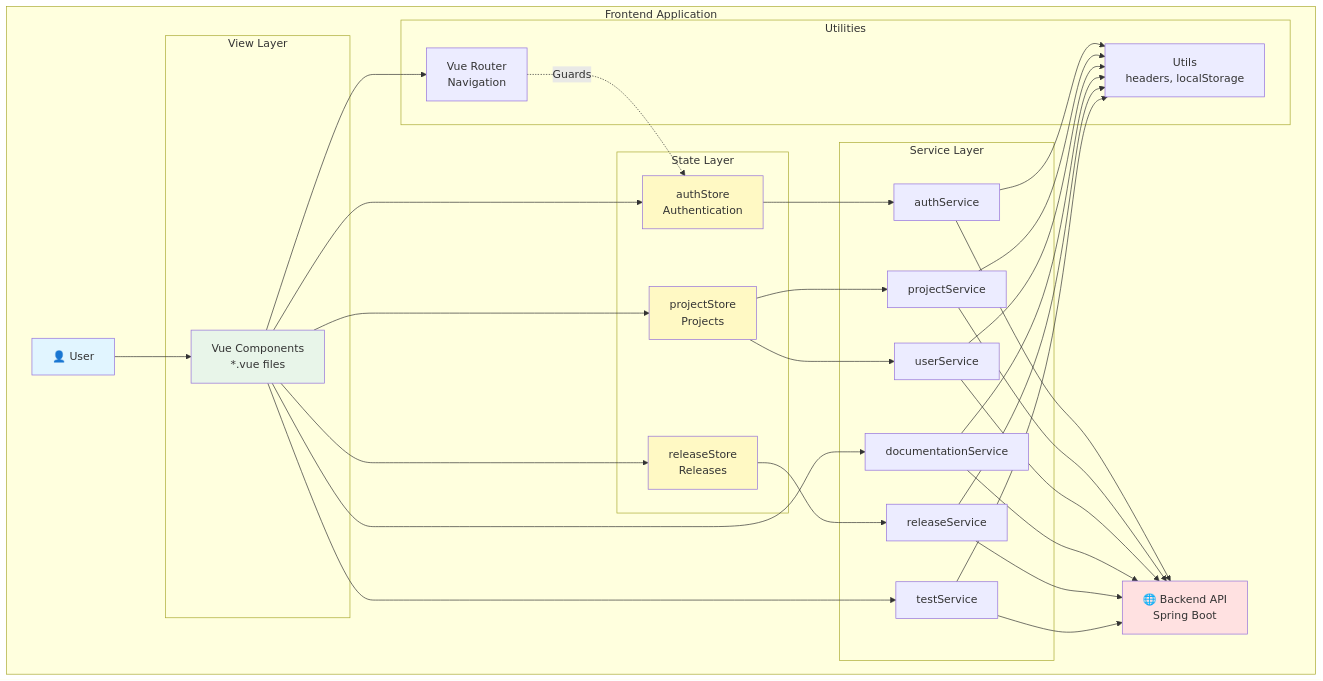
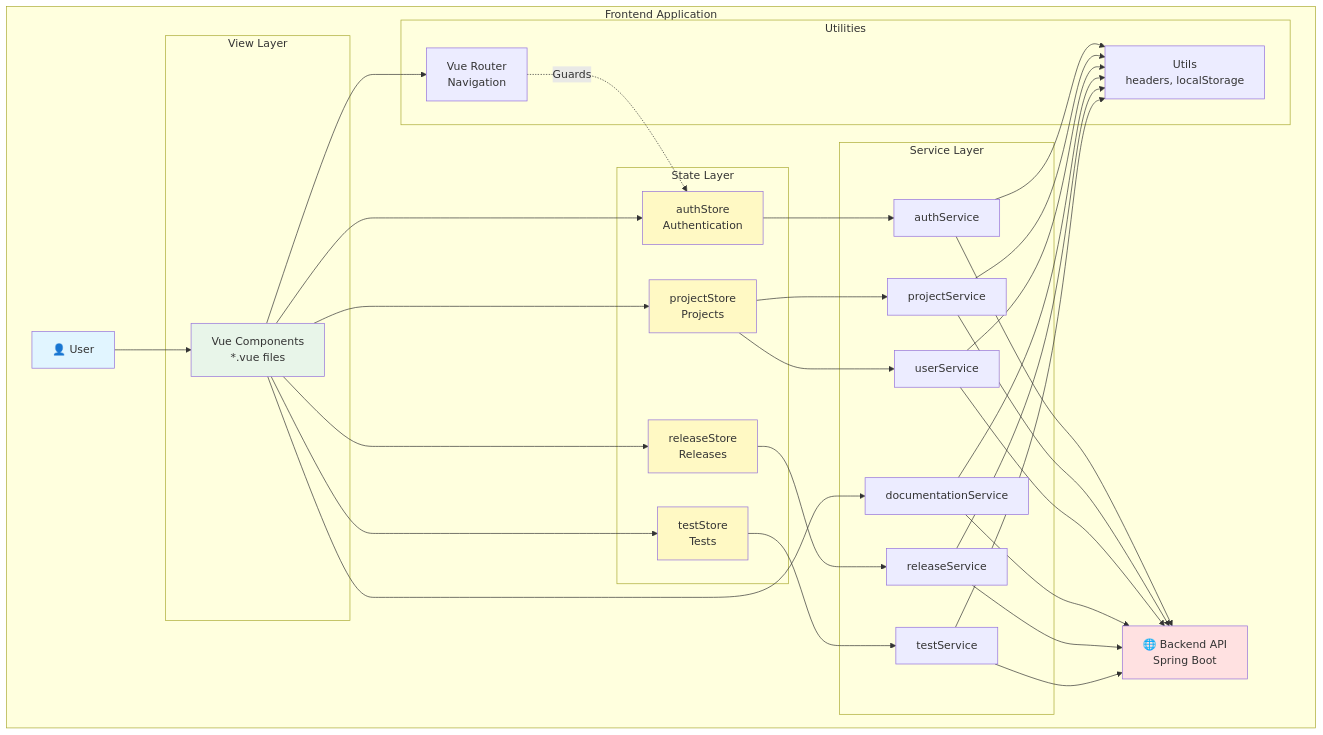
The first of 10 diagrams in frontend/docs/architecture.md (Tourlat/Conduite_de_projet_2025_Dev), drawn with Mermaid before and after one commit. The commit also changed other lines of this file and 4 other files, not shown here.

````diff
--- a/frontend/docs/architecture.md
+++ b/frontend/docs/architecture.md
@@ -25,69 +25,72 @@
 ```mermaid
 graph TB
     subgraph "Frontend Application"
         User[👤 User]
         
         subgraph "View Layer"
             Components[Vue Components<br/>*.vue files]
         end
         
         subgraph "State Layer"
             AuthStore[authStore<br/>Authentication]
             ProjectStore[projectStore<br/>Projects]
             ReleaseStore[releaseStore<br/>Releases]
+            TestStore[testStore<br/>Tests]
         end
         
         subgraph "Service Layer"
             AuthService[authService]
             ProjectService[projectService]
             UserService[userService]
             DocService[documentationService]
             ReleaseService[releaseService]
             TestService[testService]
         end
         
         subgraph "Utilities"
             Router[Vue Router<br/>Navigation]
             Utils[Utils<br/>headers, localStorage]
         end
         
         Backend[🌐 Backend API<br/>Spring Boot]
     end
     
     User --> Components
     Components --> AuthStore
     Components --> ProjectStore
     Components --> ReleaseStore
+    Components --> TestStore
     Components --> Router
     
     AuthStore --> AuthService
     ProjectStore --> ProjectService
     ProjectStore --> UserService
     ReleaseStore --> ReleaseService
+    TestStore --> TestService
     
     Components --> DocService
-    Components --> TestService
     
     AuthService --> Utils
     ProjectService --> Utils
     UserService --> Utils
     DocService --> Utils
     ReleaseService --> Utils
     TestService --> Utils
     
     AuthService --> Backend
     ProjectService --> Backend
     UserService --> Backend
     DocService --> Backend
     ReleaseService --> Backend
     TestService --> Backend
     
     Router -.->|Guards| AuthStore
     
     style User fill:#e1f5ff
     style Backend fill:#ffe1e1
     style Components fill:#e8f5e9
     style AuthStore fill:#fff9c4
     style ProjectStore fill:#fff9c4
     style ReleaseStore fill:#fff9c4
+    style TestStore fill:#fff9c4
 ```
````
